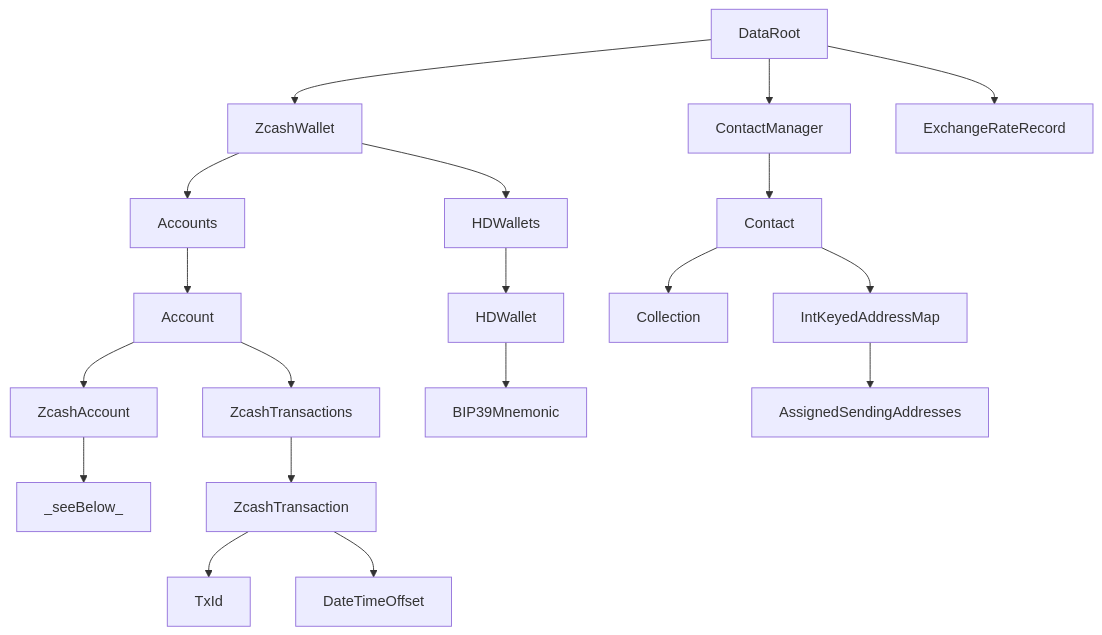
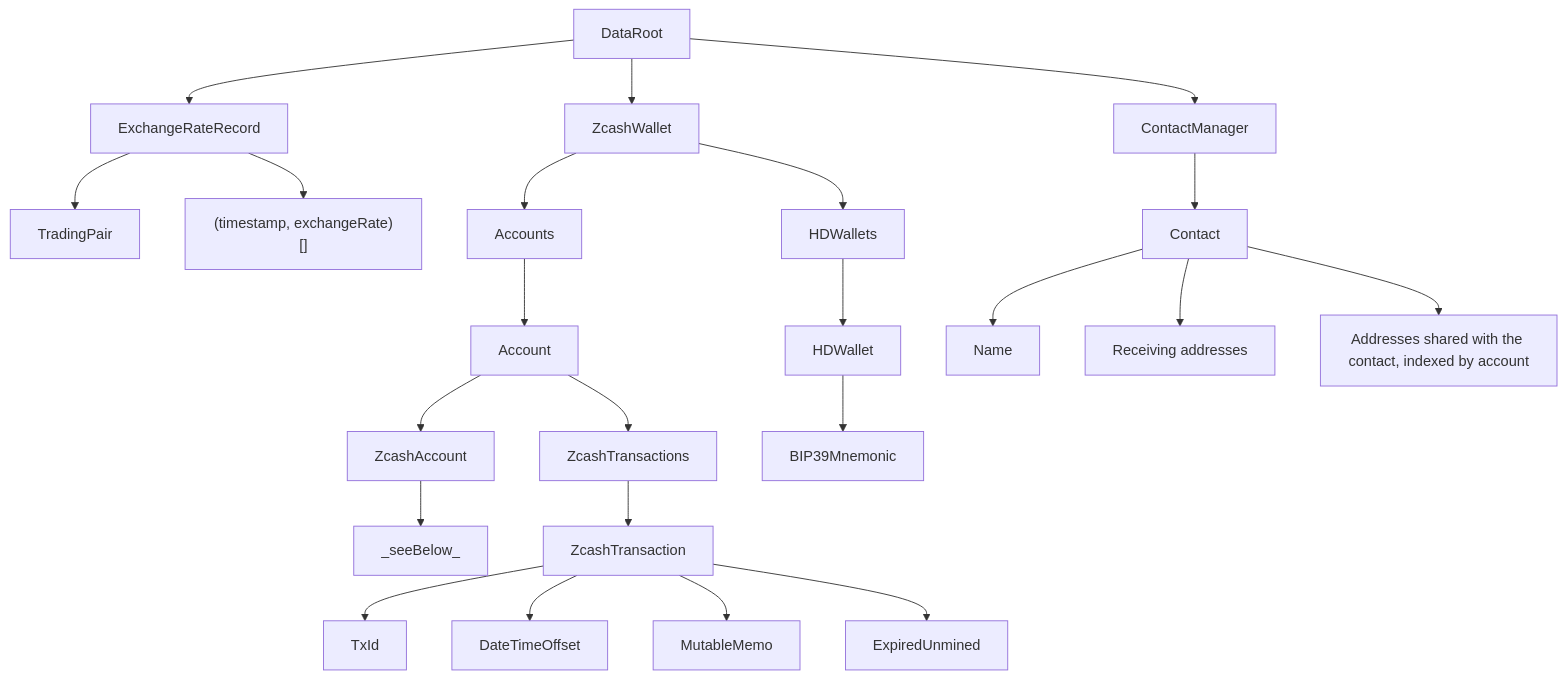
Before and after one commit to zingolabs/zcash-wallet-formats: the first of 2 diagrams in ezcash/README.md, drawn with Mermaid. The commit also changed other lines of this file, not shown here.

Commit message:
eZcash diagram improvements

````diff
--- a/ezcash/README.md
+++ b/ezcash/README.md
@@ -53,31 +53,35 @@
 ```mermaid
 flowchart TB
 DataRoot --> ZcashWallet
 DataRoot --> ContactManager
 DataRoot --> ExchangeRateRecord
+
+ExchangeRateRecord --> TradingPair
+ExchangeRateRecord --> RateRow["(timestamp, exchangeRate)[]"]
 
 ZcashWallet --> HDWallets
 ZcashWallet --> Accounts
 
 Accounts --> Account
 HDWallets --> HDWallet
 
 Account --> ZcashAccount
 Account --> ZcashTransactions
 
 ZcashAccount --> _seeBelow_
 
 ZcashTransactions --> ZcashTransaction
 ZcashTransaction --> TxId
 ZcashTransaction --> DateTimeOffset
+ZcashTransaction --> MutableMemo
+ZcashTransaction --> ExpiredUnmined
 
 HDWallet --> BIP39Mnemonic
 
 ContactManager --> Contact
 
-Contact --> Collection
-Contact --> IntKeyedAddressMap
-
-IntKeyedAddressMap --> AssignedSendingAddresses
+Contact --> Name
+Contact --> ReceivingAddresses["Receiving addresses"]
+Contact --> AssignedAddresses["Addresses shared with the contact, indexed by account"]
 
 ```
````
